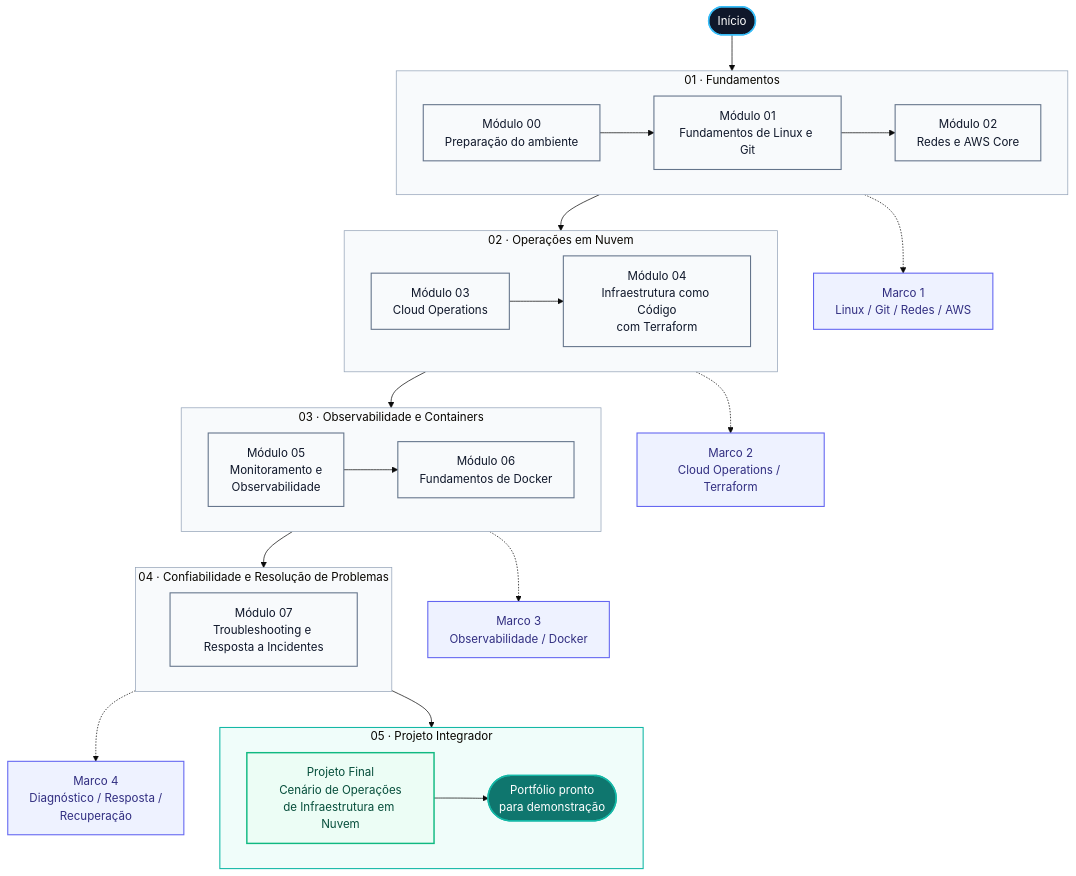
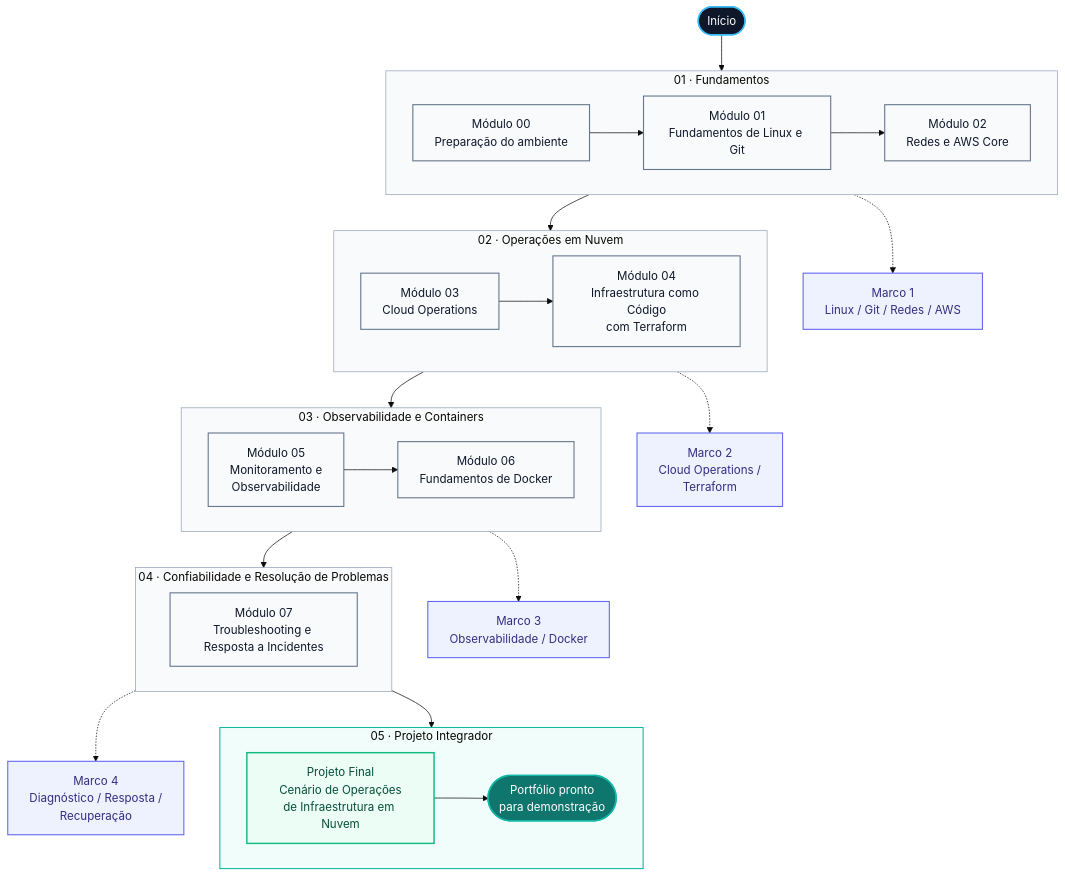
Before and after one commit to itamarsb/cloud-infrastructure-operations-lab: the first of 2 diagrams in docs/roadmap.md, drawn with Mermaid (base theme).

````diff
--- a/docs/roadmap.md
+++ b/docs/roadmap.md
@@ -38,72 +38,72 @@
 ```mermaid
 flowchart TB
     START([Início])
 
     subgraph F1["01 · Fundamentos"]
         direction LR
         M00["Módulo 00<br/>Preparação do ambiente"]
         M01["Módulo 01<br/>Fundamentos de Linux e Git"]
         M02["Módulo 02<br/>Redes e AWS Core"]
         M00 --> M01 --> M02
     end
 
     subgraph F2["02 · Operações em Nuvem"]
         direction LR
         M03["Módulo 03<br/>Cloud Operations"]
         M04["Módulo 04<br/>Infraestrutura como Código<br/>com Terraform"]
         M03 --> M04
     end
 
     subgraph F3["03 · Observabilidade e Containers"]
         direction LR
         M05["Módulo 05<br/>Monitoramento e<br/>Observabilidade"]
         M06["Módulo 06<br/>Fundamentos de Docker"]
         M05 --> M06
     end
 
     subgraph F4["04 · Confiabilidade e Resolução de Problemas"]
         direction LR
         M07["Módulo 07<br/>Troubleshooting e Resposta a Incidentes"]
     end
 
     subgraph F5["05 · Projeto Integrador"]
         direction LR
         M08["Projeto Final<br/>Cenário de Operações<br/>de Infraestrutura em Nuvem"]
         DONE([Portfólio pronto<br/>para demonstração])
         M08 --> DONE
     end
 
     START --> M00
     M02 --> M03
     M04 --> M05
     M06 --> M07
     M07 --> M08
 
     C1["Marco 1<br/>Linux / Git / Redes / AWS"]
-    C2["Marco 2<br/>Cloud Operations / Terraform"]
+    C2["Marco 2<br/>Cloud Operations /<br/>Terraform"]
     C3["Marco 3<br/>Observabilidade / Docker"]
     C4["Marco 4<br/>Diagnóstico / Resposta /<br/>Recuperação"]
 
     M02 -.-> C1
     M04 -.-> C2
     M06 -.-> C3
     M07 -.-> C4
 
     classDef start fill:#0f172a,stroke:#38bdf8,color:#ffffff,stroke-width:2px;
     classDef module fill:#f8fafc,stroke:#64748b,color:#0f172a,stroke-width:1.5px;
     classDef milestone fill:#eef2ff,stroke:#6366f1,color:#312e81,stroke-width:1.5px;
     classDef final fill:#ecfdf5,stroke:#10b981,color:#064e3b,stroke-width:2px;
     classDef finish fill:#0f766e,stroke:#14b8a6,color:#ffffff,stroke-width:2px;
 
     class START start;
     class M00,M01,M02,M03,M04,M05,M06,M07 module;
     class C1,C2,C3,C4 milestone;
     class M08 final;
     class DONE finish;
 
     style F1 fill:#f8fafc,stroke:#94a3b8,stroke-width:1px
     style F2 fill:#f8fafc,stroke:#94a3b8,stroke-width:1px
     style F3 fill:#f8fafc,stroke:#94a3b8,stroke-width:1px
     style F4 fill:#f8fafc,stroke:#94a3b8,stroke-width:1px
     style F5 fill:#f0fdfa,stroke:#14b8a6,stroke-width:1.5px
 ```
````
